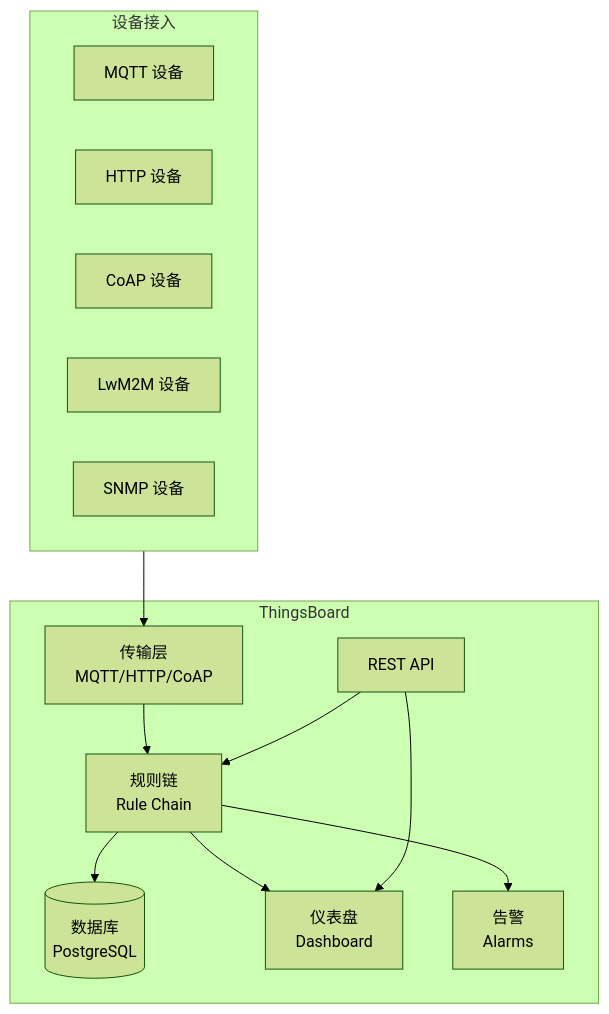
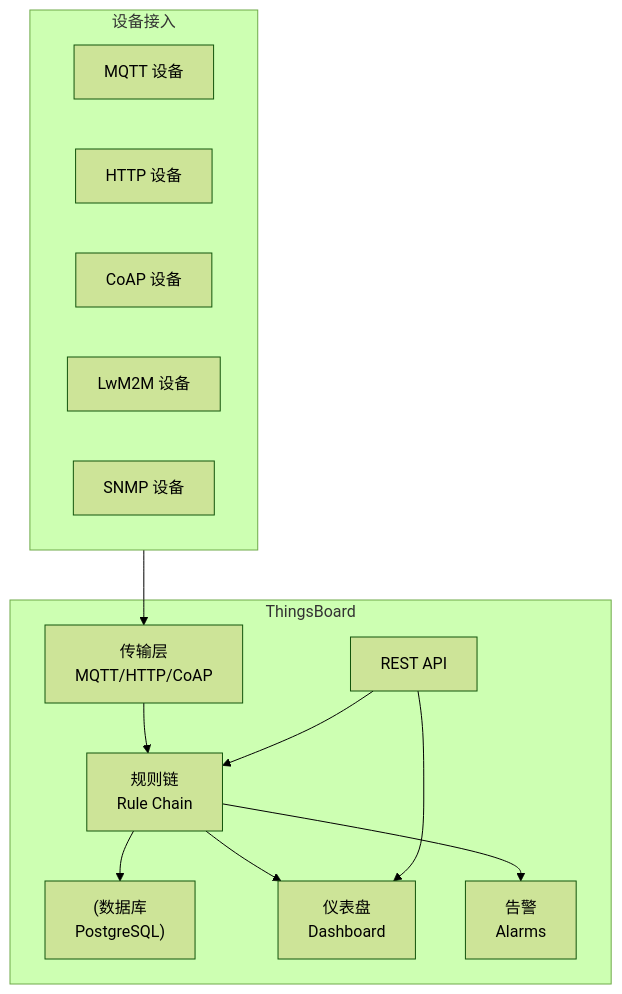
One commit to moklgydocs/moklgydocs.github.io changed the first of 3 diagrams in src/后端开发/DotNet_IoT/06_IoT平台与云服务/03_ThingsBoard与IoT平台选型.md. Above: the diagram before and after it, drawn with Mermaid (forest theme). The commit also changed other lines of this file and 178 other files, not shown here.

First line of the commit message:
fix: 修复 mermaid 图表语法错误 - 为含 <br/> 的标签添加引号、修复未闭合引号

````diff
--- a/src/后端开发/DotNet_IoT/06_IoT平台与云服务/03_ThingsBoard与IoT平台选型.md
+++ b/src/后端开发/DotNet_IoT/06_IoT平台与云服务/03_ThingsBoard与IoT平台选型.md
@@ -22,27 +22,27 @@
 ```mermaid
 flowchart TD
     subgraph Devices["设备接入"]
         D1[MQTT 设备]
         D2[HTTP 设备]
         D3[CoAP 设备]
         D4[LwM2M 设备]
         D5[SNMP 设备]
     end
 
     subgraph TB["ThingsBoard"]
-        TRANSPORT[传输层<br/>MQTT/HTTP/CoAP]
-        RULE[规则链<br/>Rule Chain]
-        DB[(数据库<br/>PostgreSQL)]
+        TRANSPORT["传输层<br/>MQTT/HTTP/CoAP"]
+        RULE["规则链<br/>Rule Chain"]
+        DB["(数据库<br/>PostgreSQL)"]
         API[REST API]
-        DASH[仪表盘<br/>Dashboard]
-        ALARM[告警<br/>Alarms]
+        DASH["仪表盘<br/>Dashboard"]
+        ALARM["告警<br/>Alarms"]
     end
 
     Devices --> TRANSPORT
     TRANSPORT --> RULE
     RULE --> DB
     RULE --> ALARM
     RULE --> DASH
     API --> DASH
     API --> RULE
 ```
````
